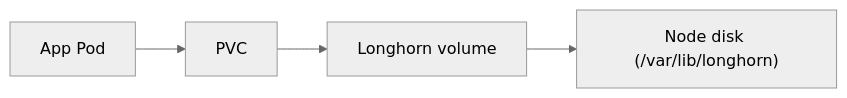
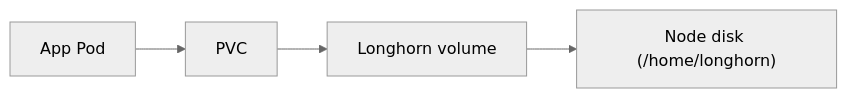
One commit to nsudhanva/homelab changed the first of 2 diagrams in docs/docs/how-to/storage.md. Above: the diagram before and after it, drawn with Mermaid (neutral theme). The commit also changed other lines of this file and 5 other files, not shown here.

````diff
--- a/docs/docs/how-to/storage.md
+++ b/docs/docs/how-to/storage.md
@@ -8,6 +8,6 @@
 ```mermaid
 flowchart LR
   App["App Pod"] --> PVC["PVC"]
   PVC --> Longhorn["Longhorn volume"]
-  Longhorn --> Disk["Node disk (/var/lib/longhorn)"]
+  Longhorn --> Disk["Node disk (/home/longhorn)"]
 ```
````
